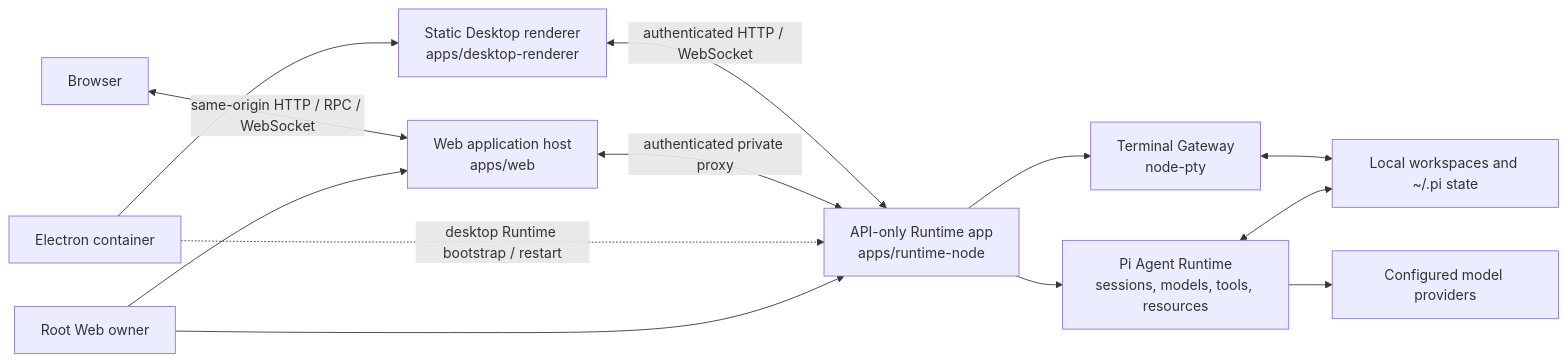
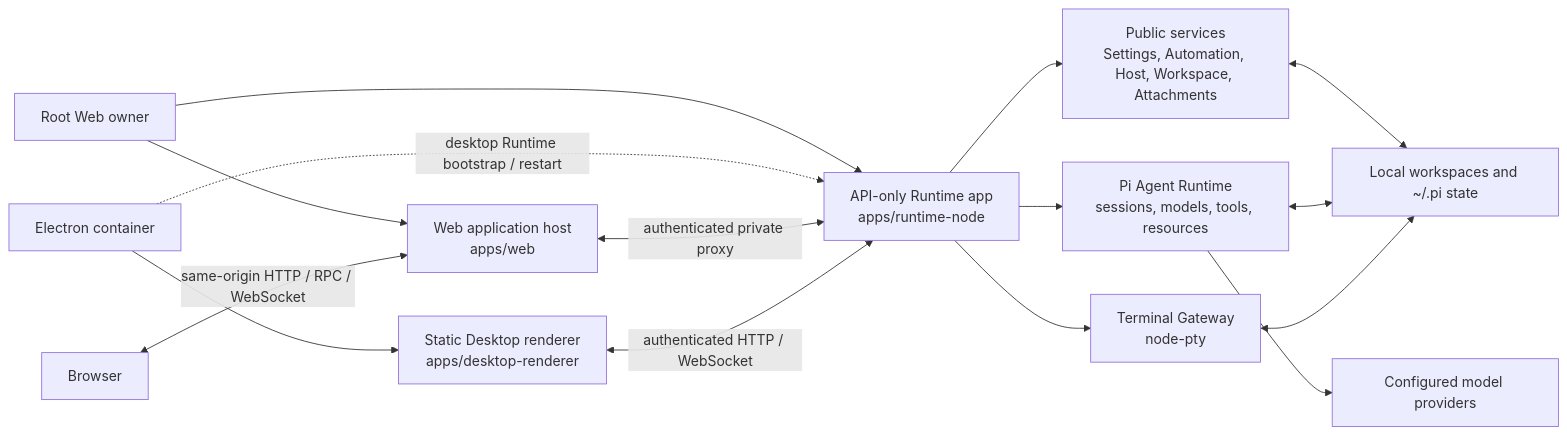
One commit to yyy0107/pi-workbench changed the diagram in README.md. Above: the diagram before and after it, drawn with Mermaid. The commit also changed other lines of this file and 269 other files, not shown here.

````diff
--- a/README.md
+++ b/README.md
@@ -292,26 +294,29 @@
 ```mermaid
 flowchart LR
   owner["Root Web owner"]
   browser["Browser"]
   web["Web application host<br/>apps/web"]
   desktop["Static Desktop renderer<br/>apps/desktop-renderer"]
   electron["Electron container"]
   runtime["API-only Runtime app<br/>apps/runtime-node"]
   pi["Pi Agent Runtime<br/>sessions, models, tools, resources"]
+  services["Public services<br/>Settings, Automation, Host, Workspace, Attachments"]
   terminal["Terminal Gateway<br/>node-pty"]
   local["Local workspaces and ~/.pi state"]
   providers["Configured model providers"]
 
   owner --> web
   owner --> runtime
   browser <-->|"same-origin HTTP / RPC / WebSocket"| web
   electron --> desktop
   electron -.->|"desktop Runtime bootstrap / restart"| runtime
   web <-->|"authenticated private proxy"| runtime
   desktop <-->|"authenticated HTTP / WebSocket"| runtime
   runtime --> pi
+  runtime --> services
+  services <--> local
   runtime --> terminal
   pi <--> local
   terminal <--> local
   pi --> providers
 ```
````
